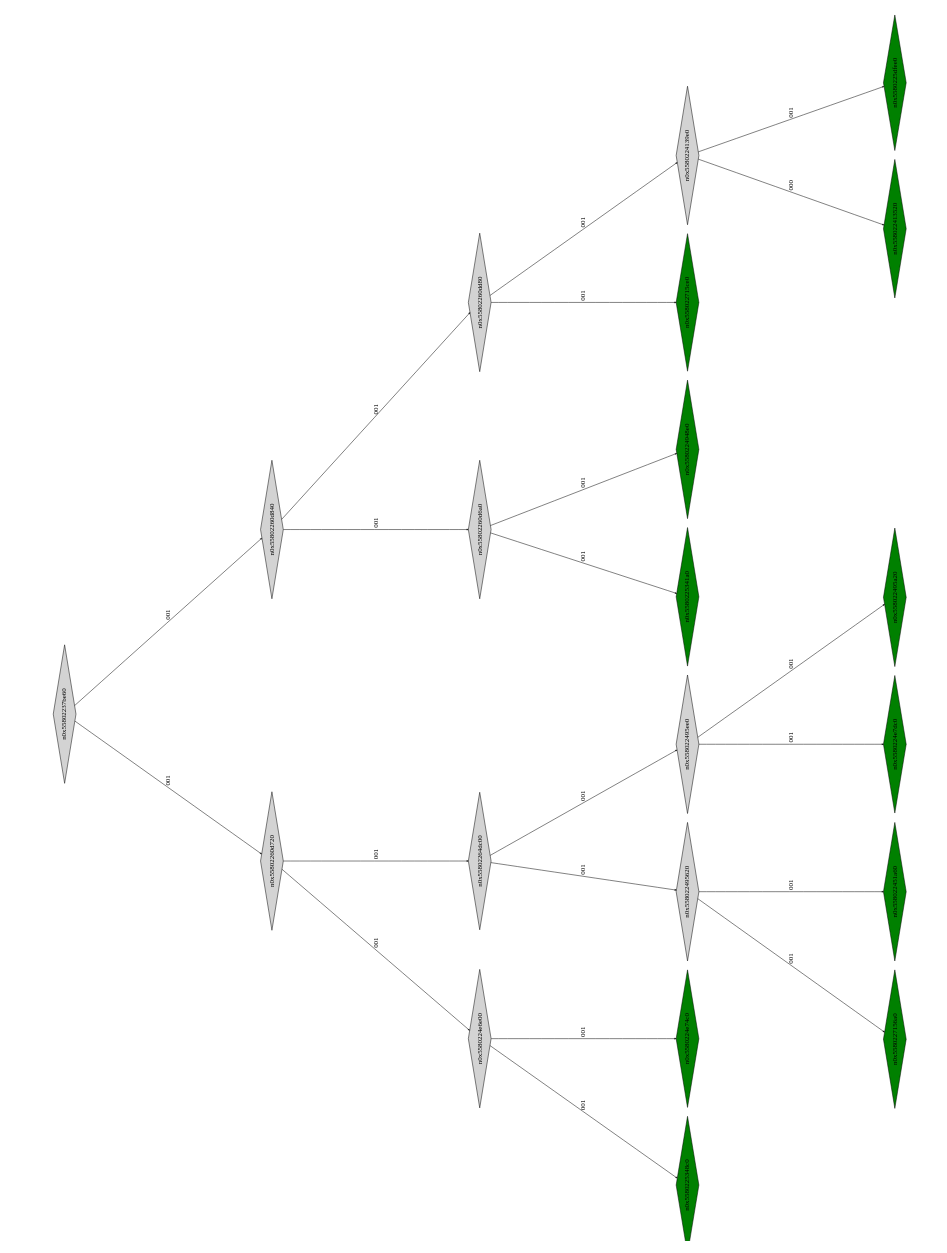
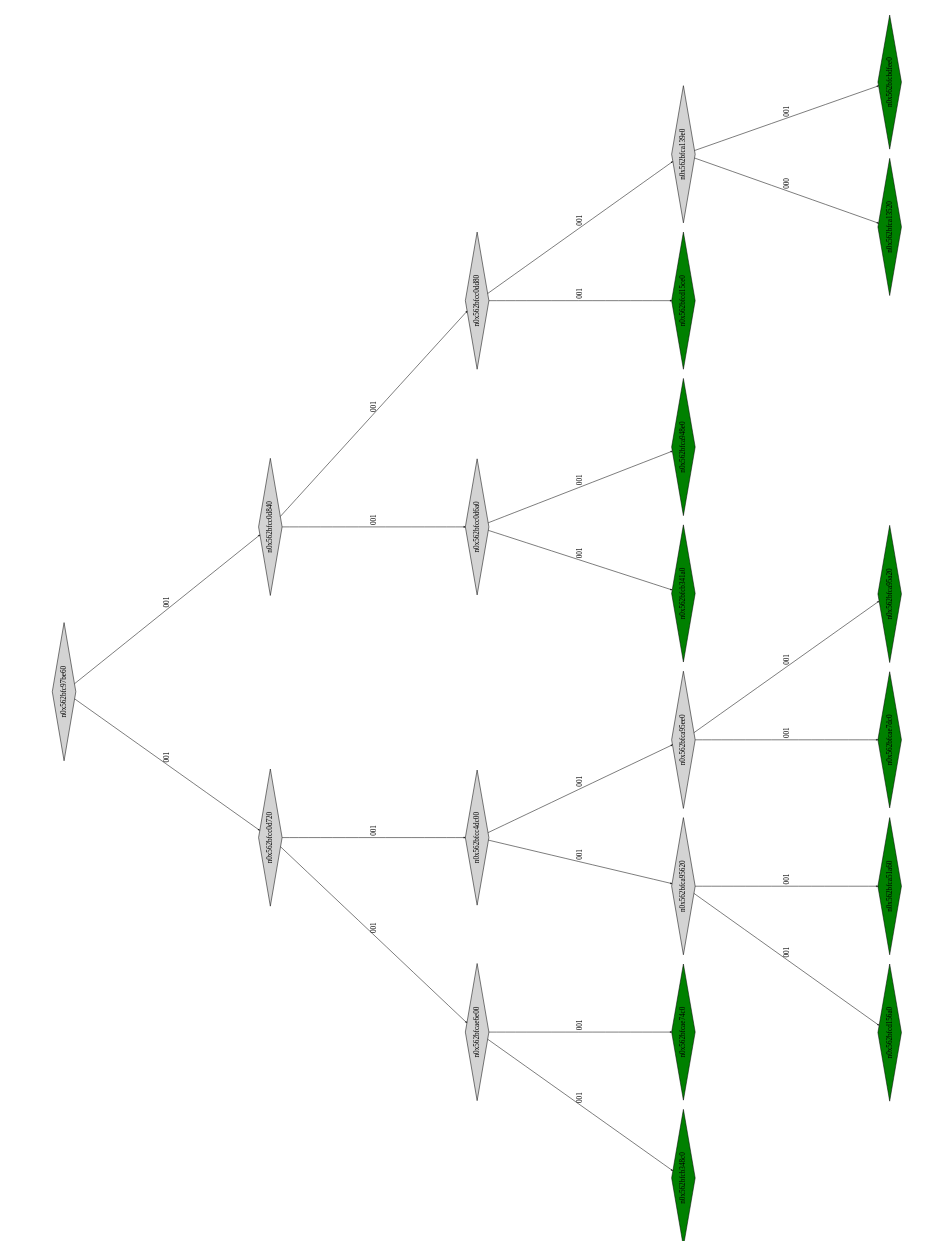
The diagram in montyhall_klee_out/ptree_00021012.dot (Research-Tools-PAVT/PSE-Program-Examples), drawn with Graphviz before and after one commit. The commit also changed 60 other files, not shown here.

```diff
--- a/montyhall_klee_out/ptree_00021012.dot
+++ b/montyhall_klee_out/ptree_00021012.dot
@@ -1,49 +1,49 @@
 digraph G {
 	size="10,7.5";
 	ratio=fill;
 	rotate=90;
 	center = "true";
 	node [style="filled",width=.1,height=.1,fontname="Terminus"]
 	edge [arrowsize=.3]
-	n0x55802237be60 [shape=diamond];
-	n0x55802237be60 -> n0x55802260d720 [label=001];
-	n0x55802237be60 -> n0x55802260d840 [label=001];
-	n0x55802260d840 [shape=diamond];
-	n0x55802260d840 -> n0x55802260d6a0 [label=001];
-	n0x55802260d840 -> n0x55802260dd80 [label=001];
-	n0x55802260dd80 [shape=diamond];
-	n0x55802260dd80 -> n0x558022715ce0 [label=001];
-	n0x55802260dd80 -> n0x5580224139e0 [label=001];
-	n0x5580224139e0 [shape=diamond];
-	n0x5580224139e0 -> n0x558022413520 [label=000];
-	n0x5580224139e0 -> n0x5580225dfee0 [label=001];
-	n0x5580225dfee0 [shape=diamond,fillcolor=green];
-	n0x558022413520 [shape=diamond,fillcolor=green];
-	n0x558022715ce0 [shape=diamond,fillcolor=green];
-	n0x55802260d6a0 [shape=diamond];
-	n0x55802260d6a0 -> n0x5580225341a0 [label=001];
-	n0x55802260d6a0 -> n0x5580224948e0 [label=001];
-	n0x5580224948e0 [shape=diamond,fillcolor=green];
-	n0x5580225341a0 [shape=diamond,fillcolor=green];
-	n0x55802260d720 [shape=diamond];
-	n0x55802260d720 -> n0x5580224e6e00 [label=001];
-	n0x55802260d720 -> n0x55802264dc00 [label=001];
-	n0x55802264dc00 [shape=diamond];
-	n0x55802264dc00 -> n0x558022495620 [label=001];
-	n0x55802264dc00 -> n0x558022495ee0 [label=001];
-	n0x558022495ee0 [shape=diamond];
-	n0x558022495ee0 -> n0x5580224e7dc0 [label=001];
-	n0x558022495ee0 -> n0x558022495a20 [label=001];
-	n0x558022495a20 [shape=diamond,fillcolor=green];
-	n0x5580224e7dc0 [shape=diamond,fillcolor=green];
-	n0x558022495620 [shape=diamond];
-	n0x558022495620 -> n0x5580227156a0 [label=001];
-	n0x558022495620 -> n0x558022451a60 [label=001];
-	n0x558022451a60 [shape=diamond,fillcolor=green];
-	n0x5580227156a0 [shape=diamond,fillcolor=green];
-	n0x5580224e6e00 [shape=diamond];
-	n0x5580224e6e00 -> n0x5580225348c0 [label=001];
-	n0x5580224e6e00 -> n0x5580224e74c0 [label=001];
-	n0x5580224e74c0 [shape=diamond,fillcolor=green];
-	n0x5580225348c0 [shape=diamond,fillcolor=green];
+	n0x562bfc97be60 [shape=diamond];
+	n0x562bfc97be60 -> n0x562bfcc0d720 [label=001];
+	n0x562bfc97be60 -> n0x562bfcc0d840 [label=001];
+	n0x562bfcc0d840 [shape=diamond];
+	n0x562bfcc0d840 -> n0x562bfcc0d6a0 [label=001];
+	n0x562bfcc0d840 -> n0x562bfcc0dd80 [label=001];
+	n0x562bfcc0dd80 [shape=diamond];
+	n0x562bfcc0dd80 -> n0x562bfcd15ce0 [label=001];
+	n0x562bfcc0dd80 -> n0x562bfca139e0 [label=001];
+	n0x562bfca139e0 [shape=diamond];
+	n0x562bfca139e0 -> n0x562bfca13520 [label=000];
+	n0x562bfca139e0 -> n0x562bfcbdfee0 [label=001];
+	n0x562bfcbdfee0 [shape=diamond,fillcolor=green];
+	n0x562bfca13520 [shape=diamond,fillcolor=green];
+	n0x562bfcd15ce0 [shape=diamond,fillcolor=green];
+	n0x562bfcc0d6a0 [shape=diamond];
+	n0x562bfcc0d6a0 -> n0x562bfcb341a0 [label=001];
+	n0x562bfcc0d6a0 -> n0x562bfca948e0 [label=001];
+	n0x562bfca948e0 [shape=diamond,fillcolor=green];
+	n0x562bfcb341a0 [shape=diamond,fillcolor=green];
+	n0x562bfcc0d720 [shape=diamond];
+	n0x562bfcc0d720 -> n0x562bfcae6e00 [label=001];
+	n0x562bfcc0d720 -> n0x562bfcc4dc00 [label=001];
+	n0x562bfcc4dc00 [shape=diamond];
+	n0x562bfcc4dc00 -> n0x562bfca95620 [label=001];
+	n0x562bfcc4dc00 -> n0x562bfca95ee0 [label=001];
+	n0x562bfca95ee0 [shape=diamond];
+	n0x562bfca95ee0 -> n0x562bfcae7dc0 [label=001];
+	n0x562bfca95ee0 -> n0x562bfca95a20 [label=001];
+	n0x562bfca95a20 [shape=diamond,fillcolor=green];
+	n0x562bfcae7dc0 [shape=diamond,fillcolor=green];
+	n0x562bfca95620 [shape=diamond];
+	n0x562bfca95620 -> n0x562bfcd156a0 [label=001];
+	n0x562bfca95620 -> n0x562bfca51a60 [label=001];
+	n0x562bfca51a60 [shape=diamond,fillcolor=green];
+	n0x562bfcd156a0 [shape=diamond,fillcolor=green];
+	n0x562bfcae6e00 [shape=diamond];
+	n0x562bfcae6e00 -> n0x562bfcb348c0 [label=001];
+	n0x562bfcae6e00 -> n0x562bfcae74c0 [label=001];
+	n0x562bfcae74c0 [shape=diamond,fillcolor=green];
+	n0x562bfcb348c0 [shape=diamond,fillcolor=green];
 }
```
